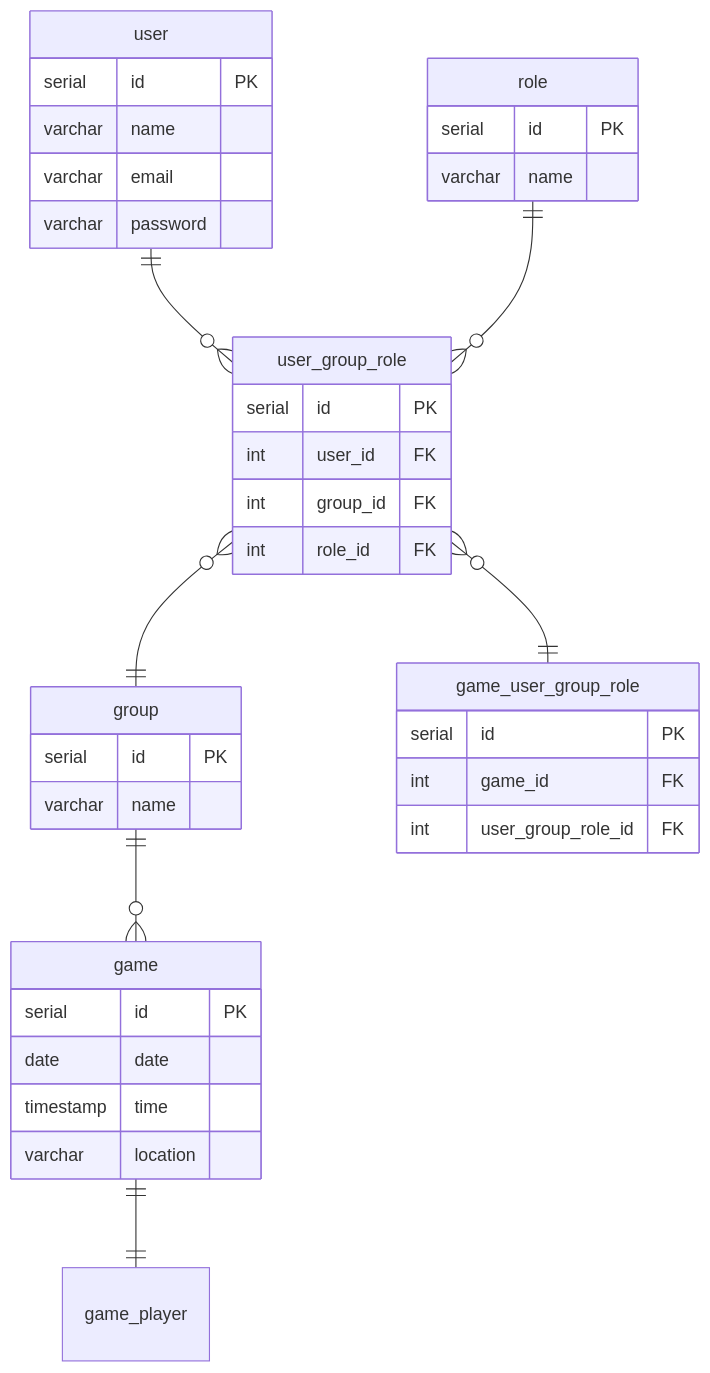
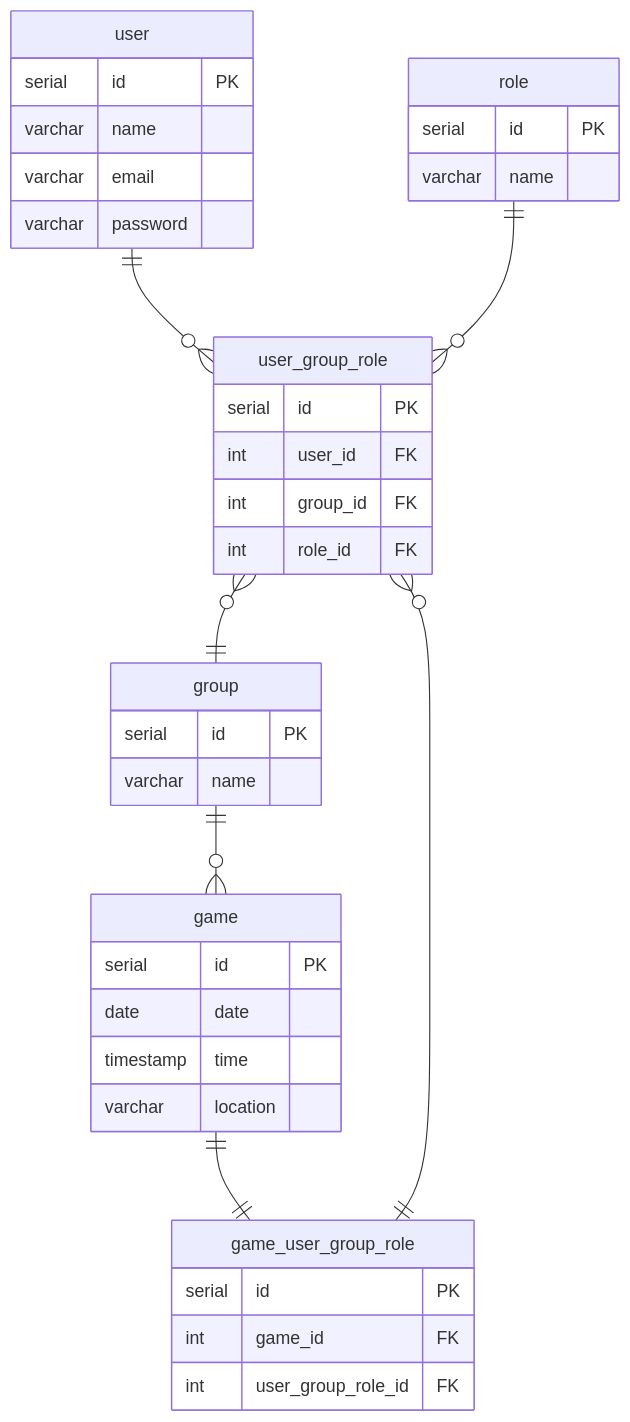
The second of 2 diagrams in README.md (MichaelM9/5-A-Side-Organiser), drawn with Mermaid before and after one commit. The commit also changed other lines of this file, not shown here.

Commit message:
Refactor game_user_group_role table

````diff
--- a/README.md
+++ b/README.md
@@ -49,41 +49,41 @@
 ```mermaid
 erDiagram
 user ||--o{ user_group_role : ""
 role ||--o{ user_group_role: ""
 user_group_role }o--|| group : ""
 group ||--o{ game : ""
-game ||--|| game_player : ""
+game ||--|| game_user_group_role : ""
 user_group_role }o--|| game_user_group_role : ""
 
 user {
     serial id PK
     varchar name
     varchar email
     varchar password
 }
 role {
     serial id PK
     varchar name
 }
 user_group_role {
     serial id PK
     int user_id FK
     int group_id FK
     int role_id FK
 }
 group {
     serial id PK
     varchar name
 }
 game {
     serial id PK
     date date
     timestamp time
     varchar location
 }
 game_user_group_role {
     serial id PK
     int game_id FK
     int user_group_role_id FK
 }
 ```
````
